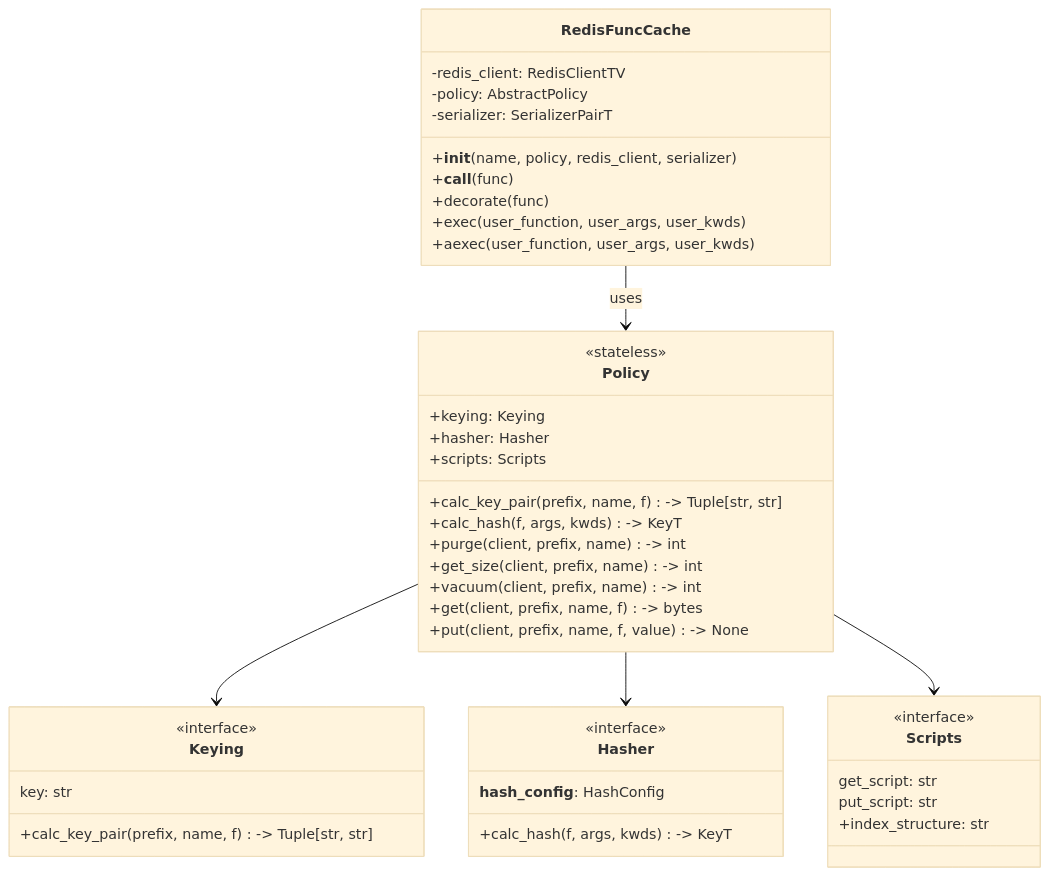
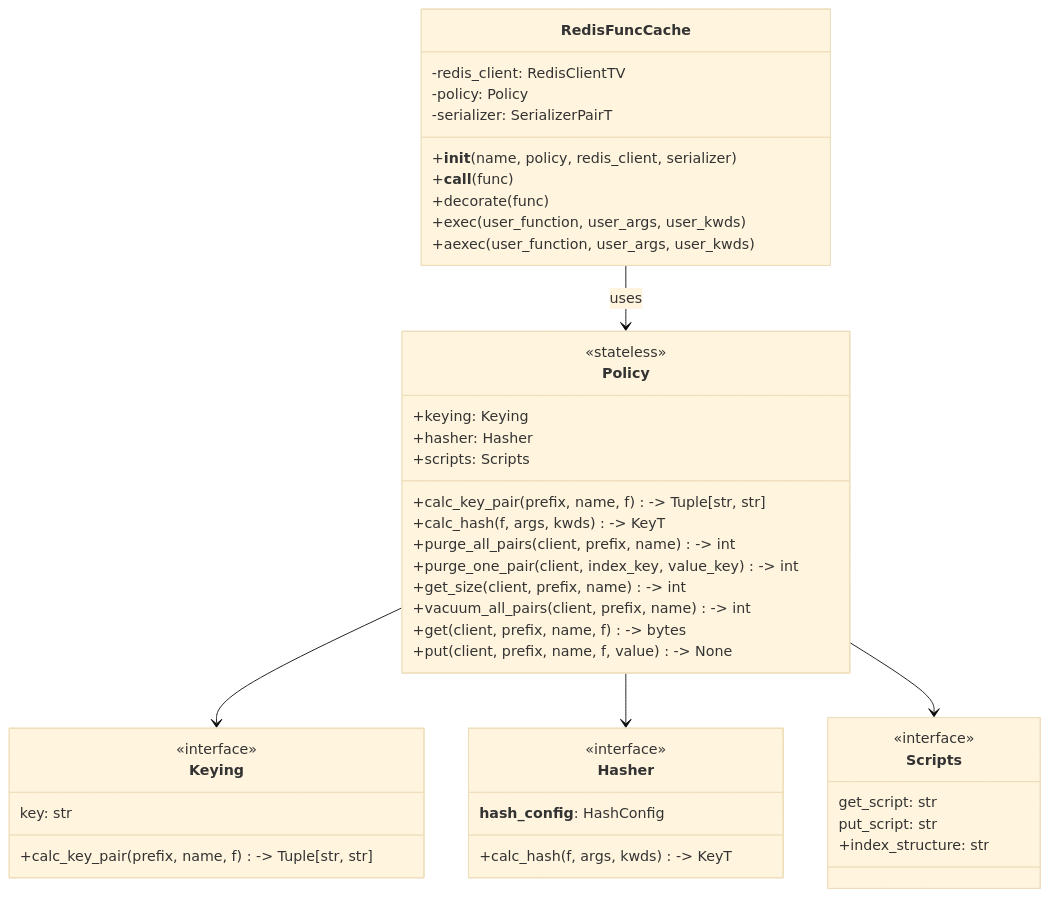
The third of 6 diagrams in README.md (tanbro/redis_func_cache), drawn with Mermaid (base theme) before and after one commit. The commit also changed other lines of this file and 14 other files, not shown here.

````diff
--- a/README.md
+++ b/README.md
@@ -417,51 +417,52 @@
 ```mermaid
 classDiagram
     class RedisFuncCache {
         -redis_client: RedisClientTV
-        -policy: AbstractPolicy
+        -policy: Policy
         -serializer: SerializerPairT
         +__init__(name, policy, redis_client, serializer)
         +__call__(func)
         +decorate(func)
         +exec(user_function, user_args, user_kwds)
         +aexec(user_function, user_args, user_kwds)
     }
 
     class Policy {
         <<stateless>>
         +keying: Keying
         +hasher: Hasher
         +scripts: Scripts
         +calc_key_pair(prefix, name, f) -> Tuple[str, str]
         +calc_hash(f, args, kwds) -> KeyT
-        +purge(client, prefix, name) -> int
+        +purge_all_pairs(client, prefix, name) -> int
+        +purge_one_pair(client, index_key, value_key) -> int
         +get_size(client, prefix, name) -> int
-        +vacuum(client, prefix, name) -> int
+        +vacuum_all_pairs(client, prefix, name) -> int
         +get(client, prefix, name, f) -> bytes
         +put(client, prefix, name, f, value) -> None
     }
 
     class Keying {
         <<interface>>
         key: str
         +calc_key_pair(prefix, name, f) -> Tuple[str, str]
     }
 
     class Hasher {
         <<interface>>
         __hash_config__: HashConfig
         +calc_hash(f, args, kwds) -> KeyT
     }
 
     class Scripts {
         <<interface>>
         get_script: str
         put_script: str
         +index_structure: str
     }
 
     RedisFuncCache --> Policy : uses
     Policy --> Keying
     Policy --> Hasher
     Policy --> Scripts
 ```
````
